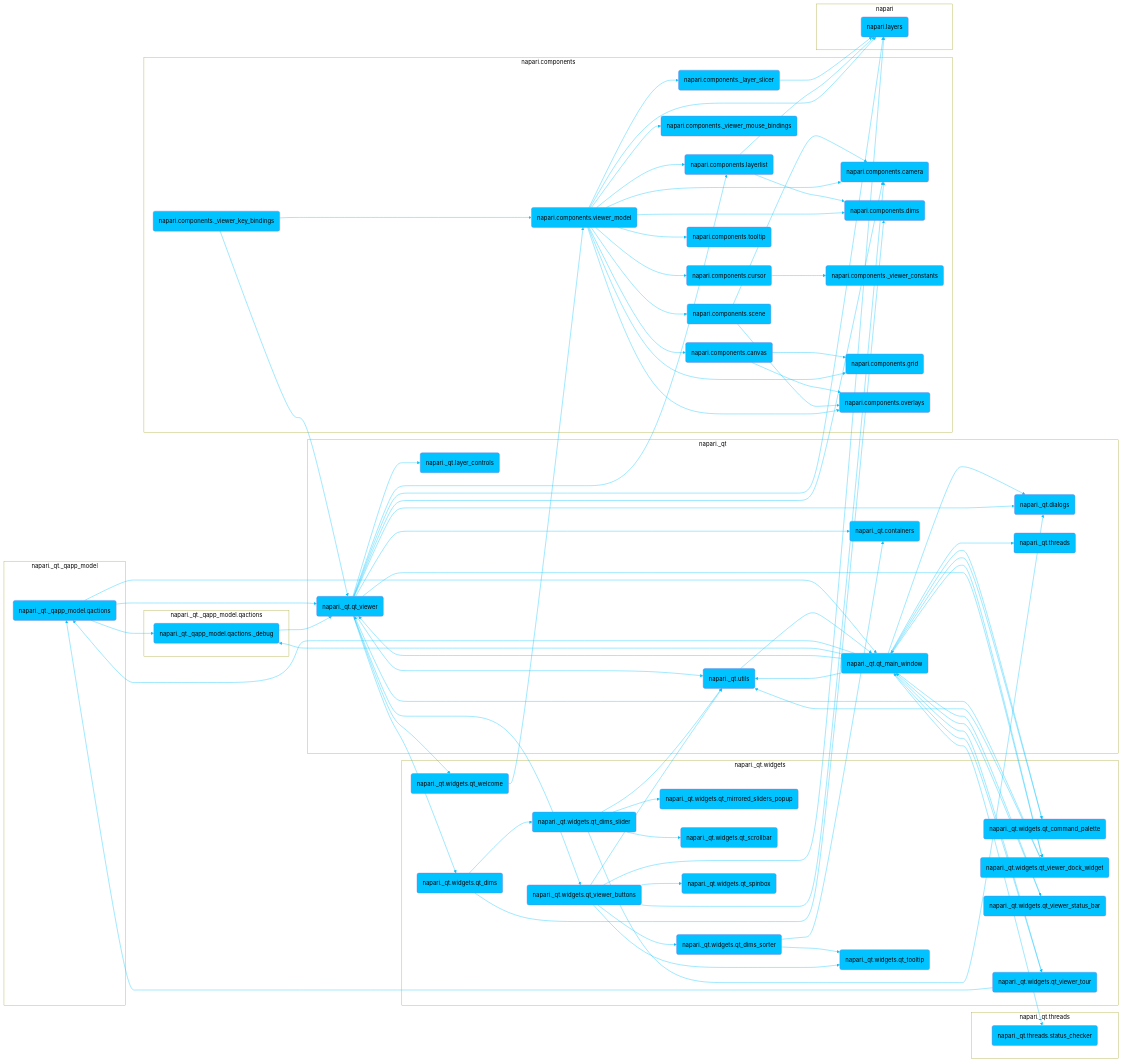
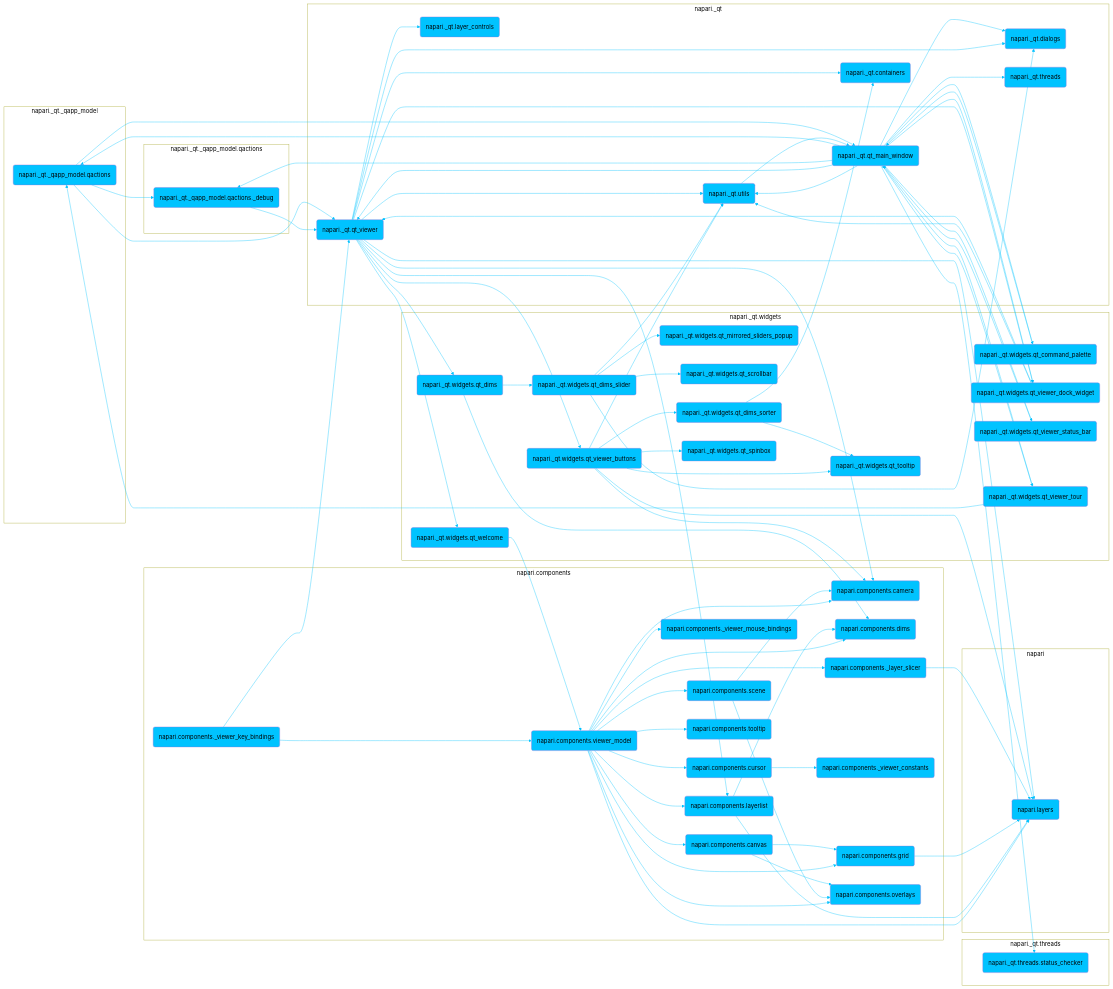
The diagram in dev/_sources/developers/architecture/ui_sections/viewer_ui.md (napari/napari.github.io), drawn with Mermaid before and after one commit. The commit also changed 753 other files, not shown here.

```diff
--- a/dev/_sources/developers/architecture/ui_sections/viewer_ui.md
+++ b/dev/_sources/developers/architecture/ui_sections/viewer_ui.md
@@ -121,6 +121,7 @@
 	napari.components.dims(napari.components.dims)
 	click napari.components.dims "https://github.com/napari/napari/tree/main/napari/components/dims.py" _blank
 	napari.components.grid(napari.components.grid)
+	napari.components.grid --> napari.layers
 	click napari.components.grid "https://github.com/napari/napari/tree/main/napari/components/grid.py" _blank
 	napari.components.layerlist(napari.components.layerlist)
 	napari.components.layerlist --> napari.components.dims
```
